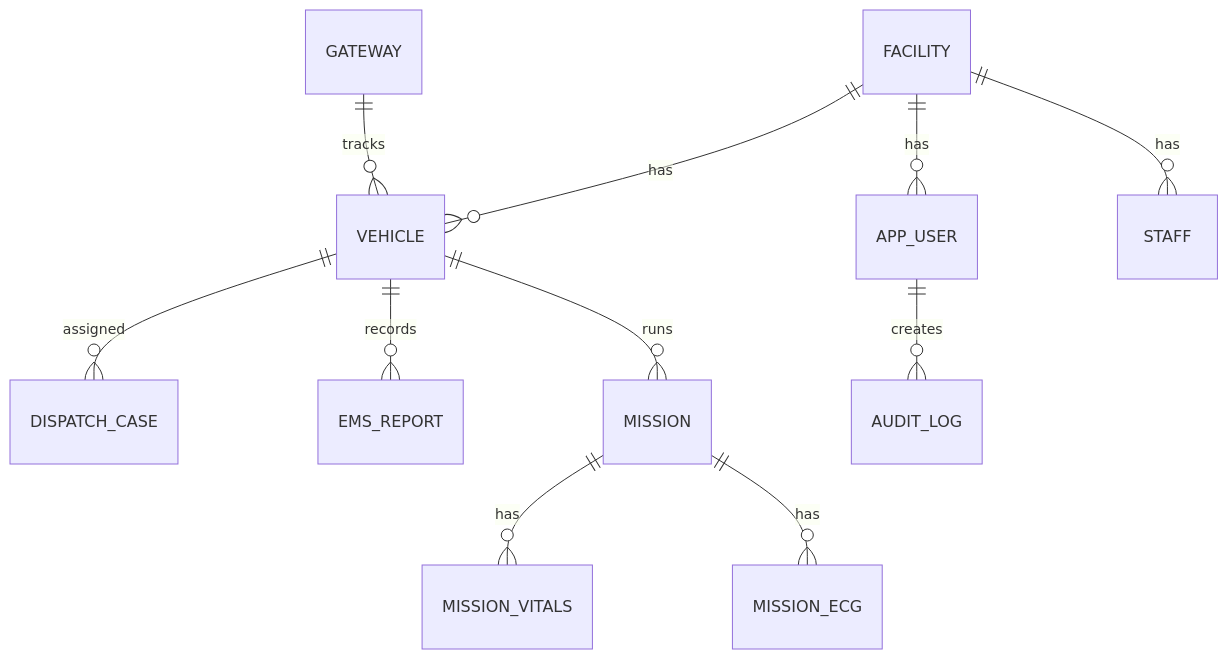
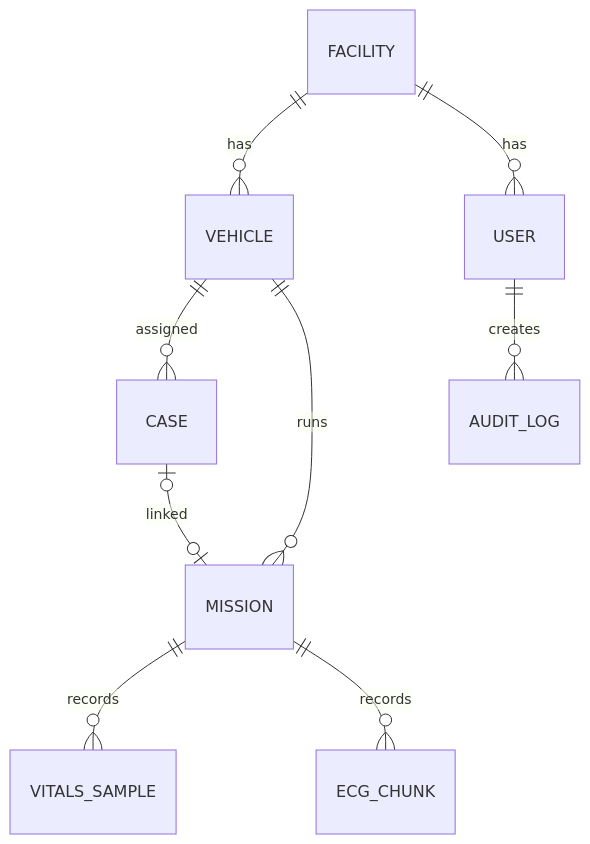
Before and after one commit to NekoYanaki/connected-ambulance-architecture: the third of 3 diagrams in README.en.md, drawn with Mermaid. The commit also changed other lines of this file and 1 other file, not shown here.

````diff
--- a/README.en.md
+++ b/README.en.md
@@ -116,13 +111,11 @@
 ```mermaid
 erDiagram
   FACILITY ||--o{ VEHICLE : has
-  FACILITY ||--o{ APP_USER : has
-  FACILITY ||--o{ STAFF : has
-  GATEWAY ||--o{ VEHICLE : tracks
-  VEHICLE ||--o{ DISPATCH_CASE : assigned
-  VEHICLE ||--o{ EMS_REPORT : records
+  FACILITY ||--o{ USER : has
+  VEHICLE ||--o{ CASE : assigned
   VEHICLE ||--o{ MISSION : runs
-  MISSION ||--o{ MISSION_VITALS : has
-  MISSION ||--o{ MISSION_ECG : has
-  APP_USER ||--o{ AUDIT_LOG : creates
+  CASE |o--o| MISSION : linked
+  MISSION ||--o{ VITALS_SAMPLE : records
+  MISSION ||--o{ ECG_CHUNK : records
+  USER ||--o{ AUDIT_LOG : creates
 ```
````
